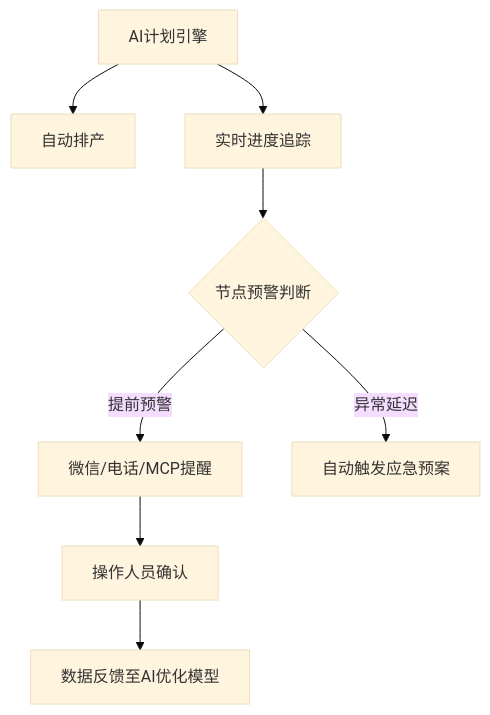
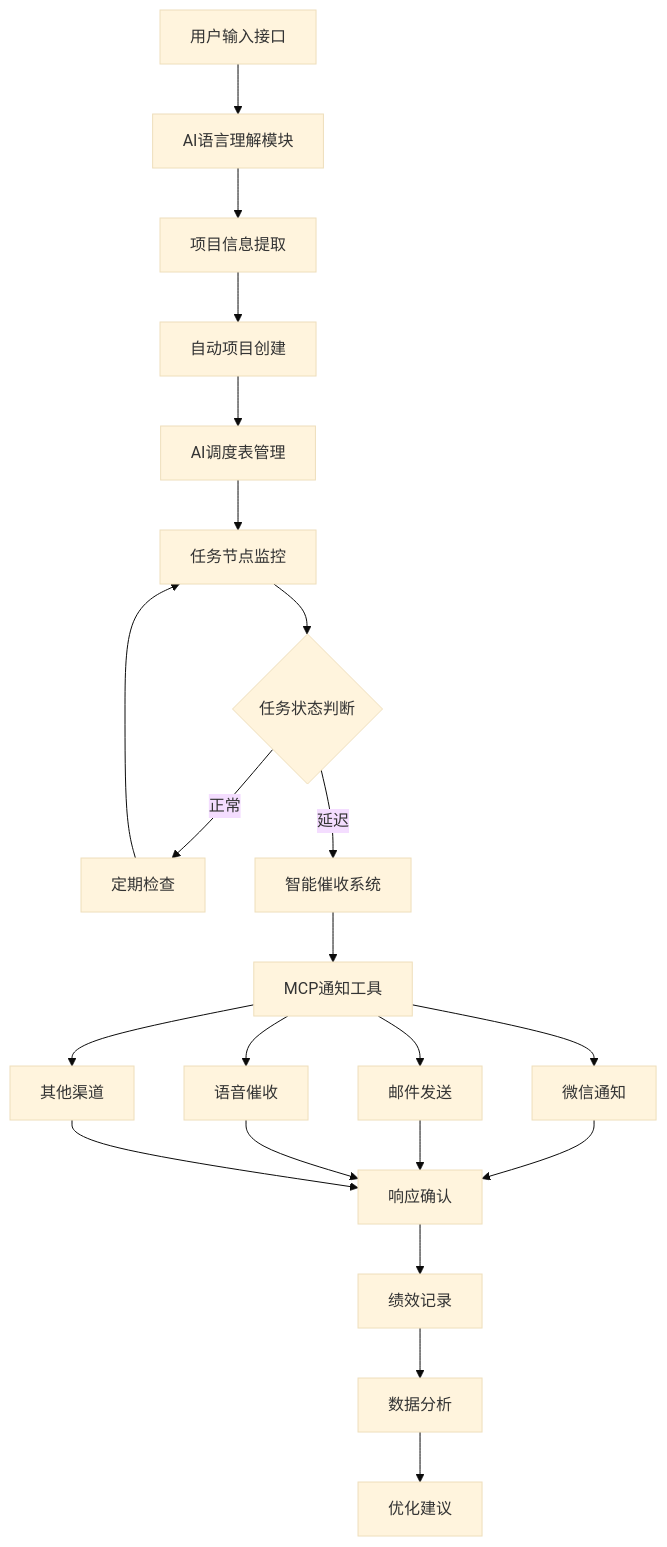
The diagram in docs/01-设计/开发任务书.md (ShilinYang123/PG-PMC), drawn with Mermaid (base theme) before and after one commit. The commit also changed other lines of this file and 11 other files, not shown here.

````diff
--- a/docs/01-设计/开发任务书.md
+++ b/docs/01-设计/开发任务书.md
@@ -9,10 +46,24 @@
 ```mermaid
 graph TD
-    A[AI计划引擎] --> B[自动排产]
-    A --> C[实时进度追踪]
-    C --> D{节点预警判断}
-    D -->|提前预警| E[微信/电话/MCP提醒]
-    D -->|异常延迟| F[自动触发应急预案]
-    E --> G[操作人员确认]
-    G --> H[数据反馈至AI优化模型]
+    A[用户输入接口] --> B[AI语言理解模块]
+    B --> C[项目信息提取]
+    C --> D[自动项目创建]
+    D --> E[AI调度表管理]
+    E --> F[任务节点监控]
+    F --> G{任务状态判断}
+    G -->|正常| H[定期检查]
+    G -->|延迟| I[智能催收系统]
+    I --> J[MCP通知工具]
+    J --> K[微信通知]
+    J --> L[邮件发送]
+    J --> M[语音催收]
+    J --> N[其他渠道]
+    K --> O[响应确认]
+    L --> O
+    M --> O
+    N --> O
+    O --> P[绩效记录]
+    P --> Q[数据分析]
+    Q --> R[优化建议]
+    H --> F
 ```
````
